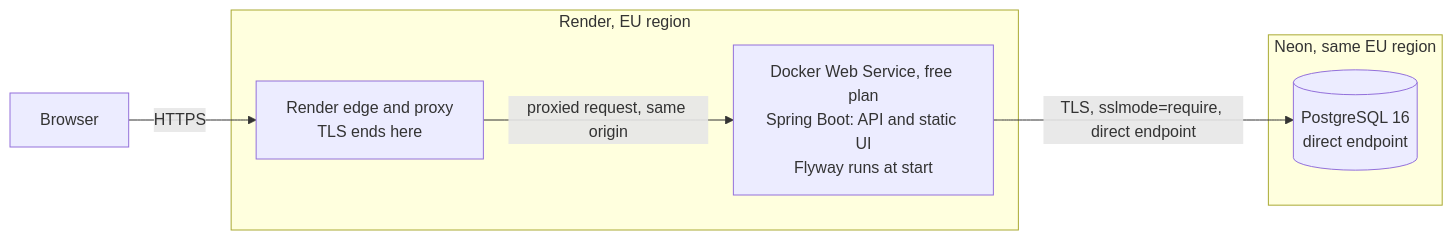
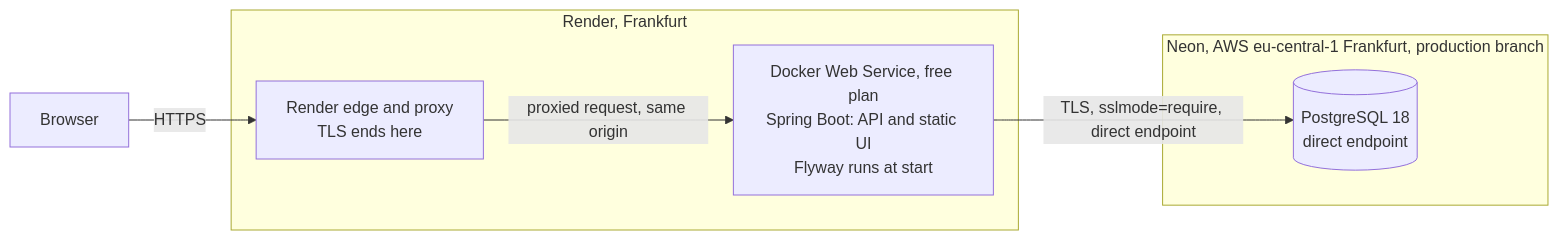
One commit to rafaelar27/matriz changed the third of 4 diagrams in docs/architecture.md. Above: the diagram before and after it, drawn with Mermaid. The commit also changed other lines of this file and 3 other files, not shown here.

First line of the commit message:
docs: record Neon region, PostgreSQL 18 and production branch (TD-02)

````diff
--- a/docs/architecture.md
+++ b/docs/architecture.md
@@ -426,15 +426,15 @@
 ```mermaid
 flowchart LR
     BRW["Browser"]
-    subgraph RND["Render, EU region"]
+    subgraph RND["Render, Frankfurt"]
         EDGE["Render edge and proxy<br/>TLS ends here"]
         WEB["Docker Web Service, free plan<br/>Spring Boot: API and static UI<br/>Flyway runs at start"]
     end
-    subgraph NEO["Neon, same EU region"]
-        NPG[("PostgreSQL 16<br/>direct endpoint")]
+    subgraph NEO["Neon, AWS eu-central-1 Frankfurt, production branch"]
+        NPG[("PostgreSQL 18<br/>direct endpoint")]
     end
 
     BRW -->|"HTTPS"| EDGE
     EDGE -->|"proxied request, same origin"| WEB
     WEB -->|"TLS, sslmode=require, direct endpoint"| NPG
 ```
````
